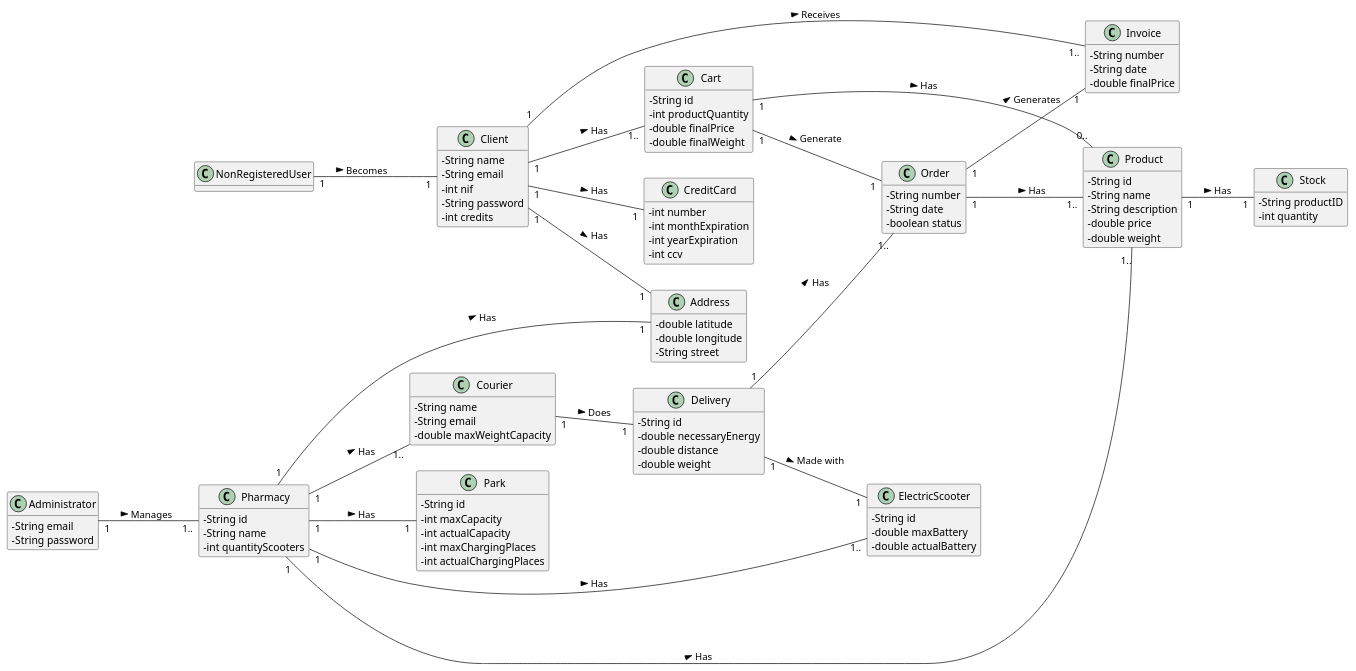
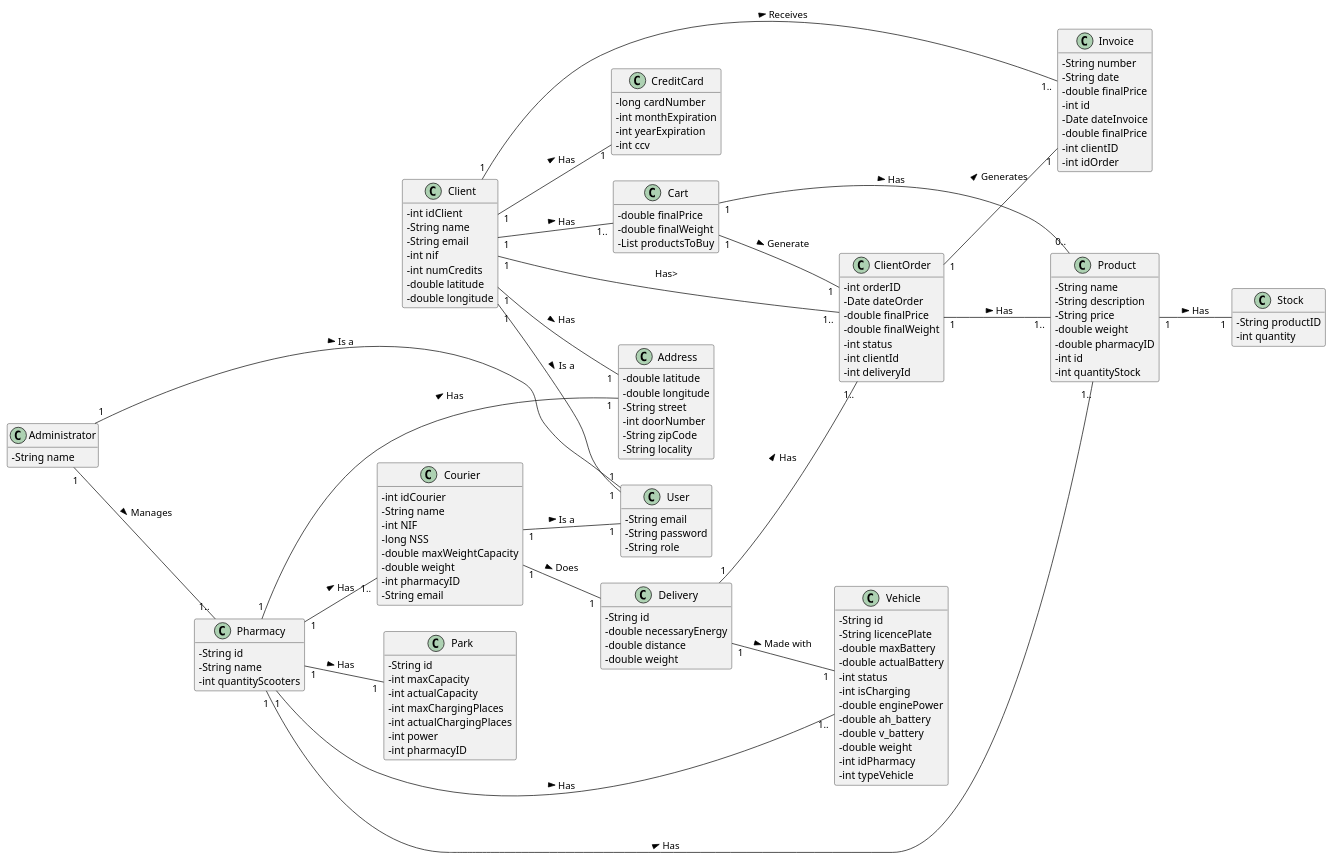
One commit to 1190452/LAPR3 changed the diagram in Documents/lapr3_md.puml. Above: the diagram before and after it, drawn with PlantUML.

Commit message:
Updated the md

```diff
--- a/Documents/lapr3_md.puml
+++ b/Documents/lapr3_md.puml
@@ -1,128 +1,173 @@
 @startuml
 skinparam classAttributeIconSize 0
 hide methods
 left to right direction
 
-class NonRegisteredUser {
+class Address {
+  -double latitude
+  -double longitude
+  -String street
+  -int doorNumber
+  -String zipCode
+  -String locality
+}
+
+class Administrator {
+  -String name
+}
+
+class User {
+  -String email
+  -String password
+  -String role
 }
 
 class Client {
+  -int idClient
   -String name
   -String email
   -int nif
-  -String password
-  -int credits
+  -int numCredits
+  -double latitude
+  -double longitude
 }
+  
+class Courier {
+  -int idCourier
+  -String name
+  -int NIF
+  -long NSS
+  -double maxWeightCapacity
+  -double weight
+  -int pharmacyID
+  -String email
+}
+  
+class Cart {
+  -double finalPrice
+  -double finalWeight
+  -List productsToBuy
+}
+  
+class CreditCard {
+  -long cardNumber
+  -int monthExpiration
+  -int yearExpiration
+  -int ccv
+}
+  
+class ClientOrder {
+  -int orderID
+  -Date dateOrder
+  -double finalPrice
+  -double finalWeight
+  -int status
+  -int clientId
+  -int deliveryId
+}
+  
 
-class Administrator {
-  -String email
-  -String password
-}
-
-class Courier {
-  -String name
-  -String email
-  -double maxWeightCapacity
-}
 
 class Pharmacy {
   -String id
   -String name
   -int quantityScooters
   }
 
-class ElectricScooter {
+class Vehicle {
   -String id
+  -String licencePlate
   -double maxBattery
   -double actualBattery
-  }
-
-class Cart {
-  -String id
-  -int productQuantity
-  -double finalPrice
-  -double finalWeight
-}
-
-class Order {
-  -String number
-  -String date
-  -boolean status
+  -int status
+  -int isCharging
+  -double enginePower
+  -double ah_battery
+  -double v_battery
+  -double weight
+  -int idPharmacy
+  -int typeVehicle
   }
 
 class Invoice {
   -String number
   -String date
   -double finalPrice
   }
 
 class Stock {
   -String productID
   -int quantity
 }
 
 class Product {
-  -String id
   -String name
   -String description
-  -double price
+  -String price 
   -double weight
-}
-
-class Address {
-  -double latitude
-  -double longitude
-  -String street
-}
-
-class CreditCard {
-  -int number
-  -int monthExpiration
-  -int yearExpiration
-  -int ccv
+  -double pharmacyID
+  -int id
+  -int quantityStock
 }
 
 class Park {
   -String id
   -int maxCapacity
   -int actualCapacity
   -int maxChargingPlaces
   -int actualChargingPlaces
+  -int power
+  -int pharmacyID
 }
 
 class Delivery {
   -String id
   -double necessaryEnergy
   -double distance
   -double weight
 }
-
-NonRegisteredUser "1" -- "1" Client: Becomes >
+  
+class Invoice {
+  -int id
+  -Date dateInvoice
+  -double finalPrice
+  -int clientID
+  -int idOrder
+}
+  
+  
 Client "1" -- "1" Address: Has >
 Client "1" -- "1" CreditCard: Has >
 Client "1" -- "1.." Invoice: Receives >
 Client "1" -- "1.." Cart: Has >
 
 Cart "1" -- "0.." Product: Has >
-Cart "1" -- "1" Order: Generate >
+Cart "1" -- "1" ClientOrder: Generate >
 
-Order "1" -- "1.." Product: Has >
-Order "1" -- "1" Invoice: Generates >
+ClientOrder "1" -- "1.." Product: Has >
+ClientOrder "1" -- "1" Invoice: Generates >
   
 Pharmacy "1" -- "1" Park: Has >
 Pharmacy "1" -- "1.." Product: Has >
 Pharmacy "1" -- "1.." Courier: Has >
 Pharmacy "1" -- "1" Address: Has >
-Pharmacy "1" -- "1.." ElectricScooter: Has >
+Pharmacy "1" -- "1.." Vehicle: Has >
 
 Product "1" -- "1" Stock: Has > 
 
 Administrator "1" -- "1.." Pharmacy: Manages >
 
-Delivery "1" -- "1.." Order: Has >
-Delivery "1" -- "1" ElectricScooter: Made with >
+Delivery "1" -- "1.." ClientOrder: Has >
+Delivery "1" -- "1" Vehicle: Made with >
 
 Courier "1" -- "1" Delivery: Does >
+  
+Administrator "1" -- "1" User: Is a >
+Client "1" -- "1" User: Is a >
+Courier "1" -- "1" User: Is a >
+
+Client "1" -- "1.." ClientOrder: Has>
+
 
 
 @enduml
```
